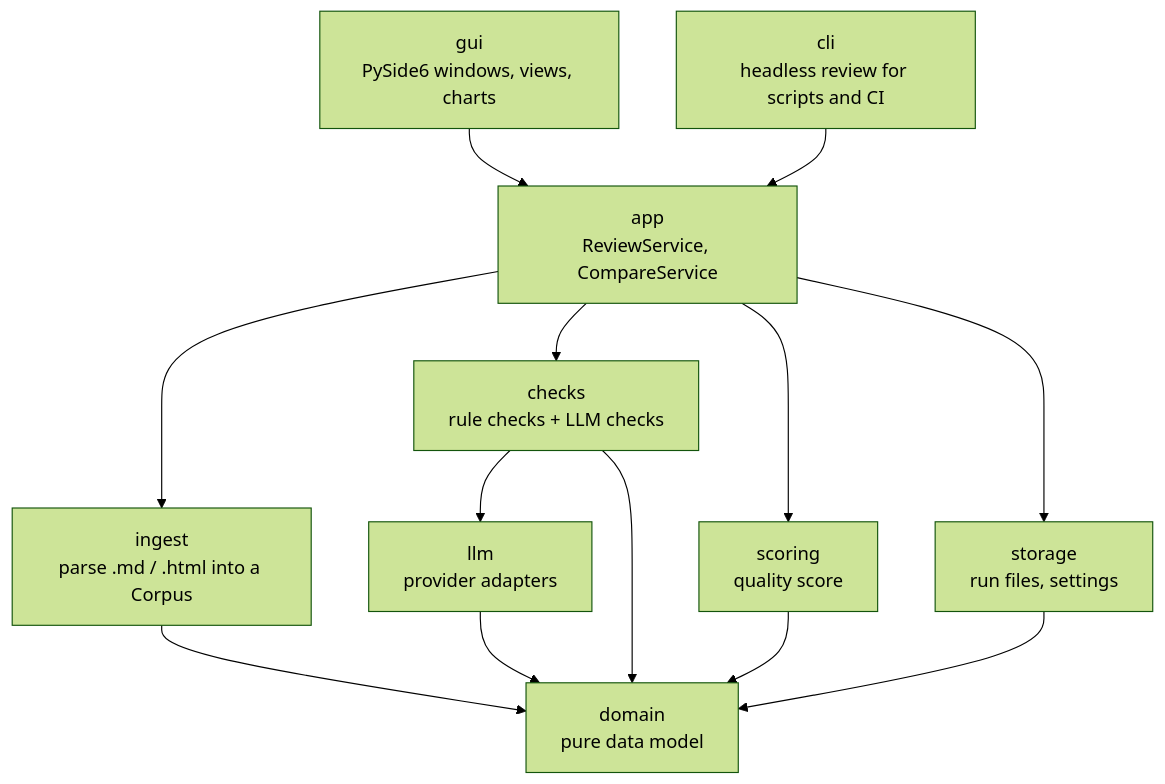
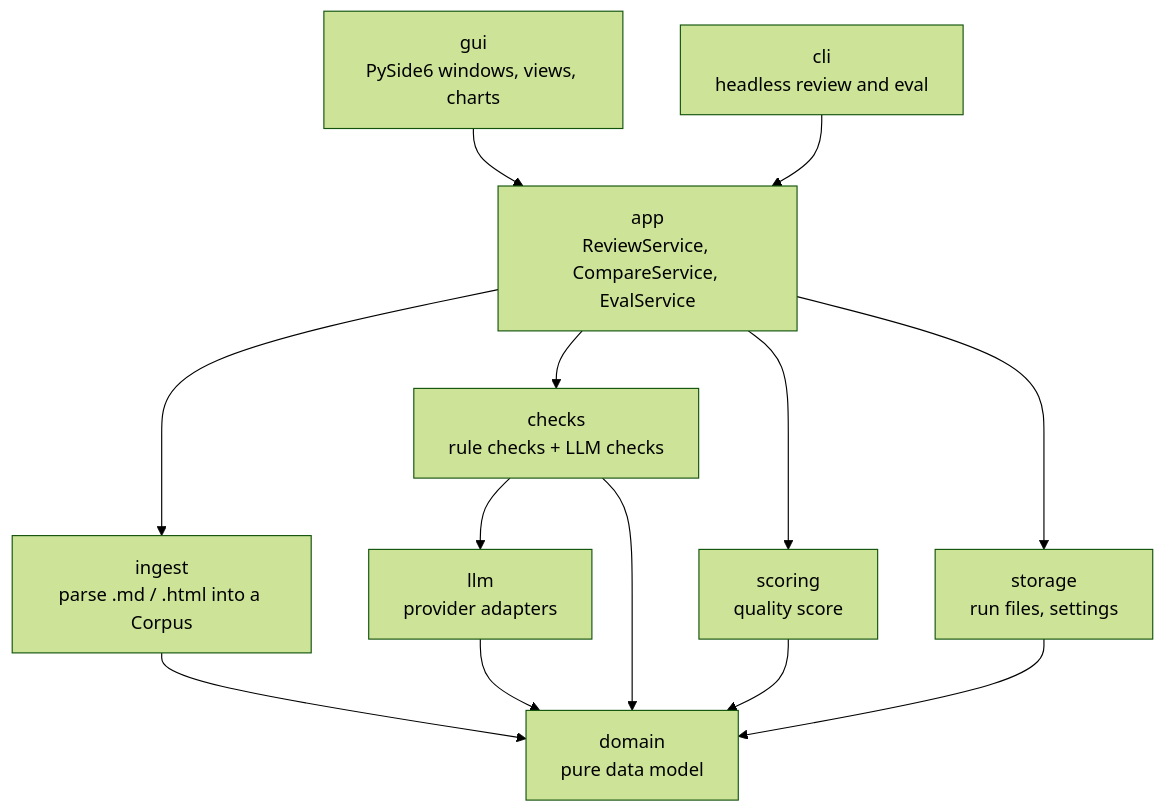
One commit to belaboros/UserManualReviewer changed the second of 6 diagrams in docs/architecture/README.md. Above: the diagram before and after it, drawn with Mermaid (forest theme). The commit also changed other lines of this file and 7 other files, not shown here.

````diff
--- a/docs/architecture/README.md
+++ b/docs/architecture/README.md
@@ -50,25 +50,25 @@
 ```mermaid
 flowchart TB
     gui[gui<br/>PySide6 windows, views, charts]
-    cli[cli<br/>headless review for scripts and CI]
-    app[app<br/>ReviewService, CompareService]
+    cli[cli<br/>headless review and eval]
+    app[app<br/>ReviewService, CompareService, EvalService]
     ingest[ingest<br/>parse .md / .html into a Corpus]
     checks[checks<br/>rule checks + LLM checks]
     llm[llm<br/>provider adapters]
     scoring[scoring<br/>quality score]
     storage[storage<br/>run files, settings]
     domain[domain<br/>pure data model]
 
     gui --> app
     cli --> app
     app --> ingest
     app --> checks
     app --> scoring
     app --> storage
     checks --> llm
     ingest --> domain
     checks --> domain
     scoring --> domain
     storage --> domain
     llm --> domain
 ```
````
